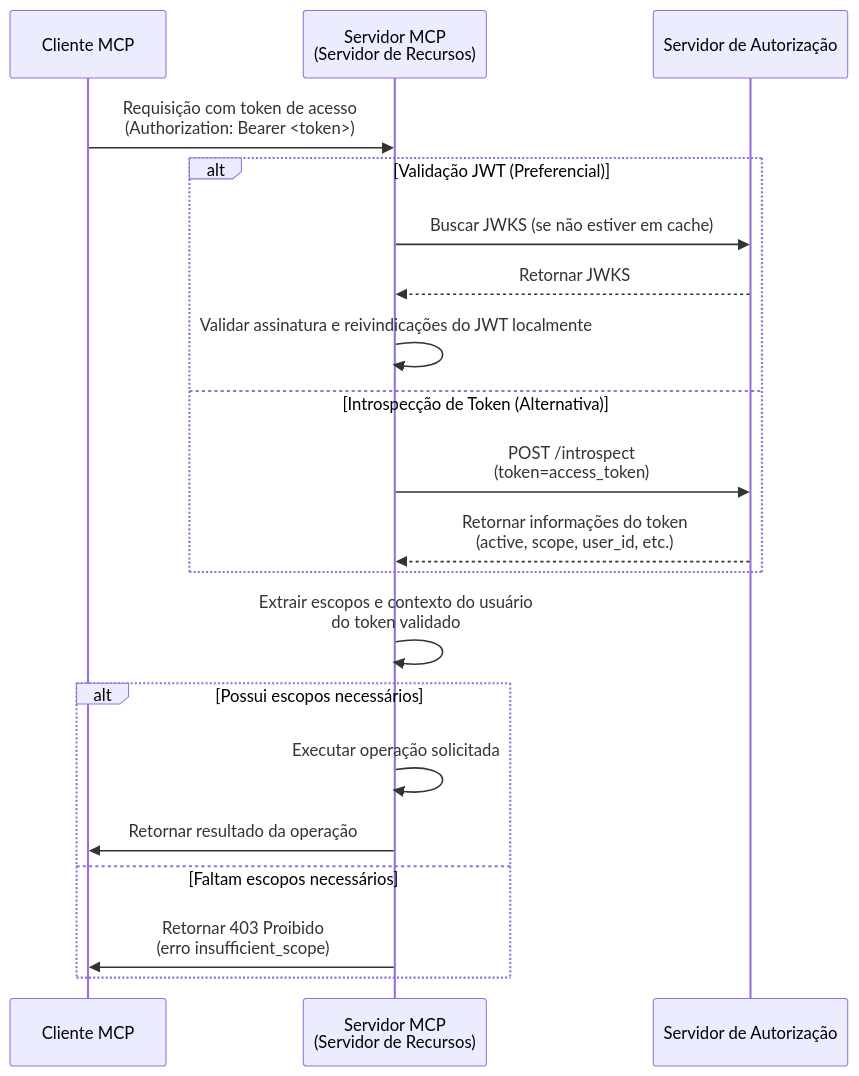
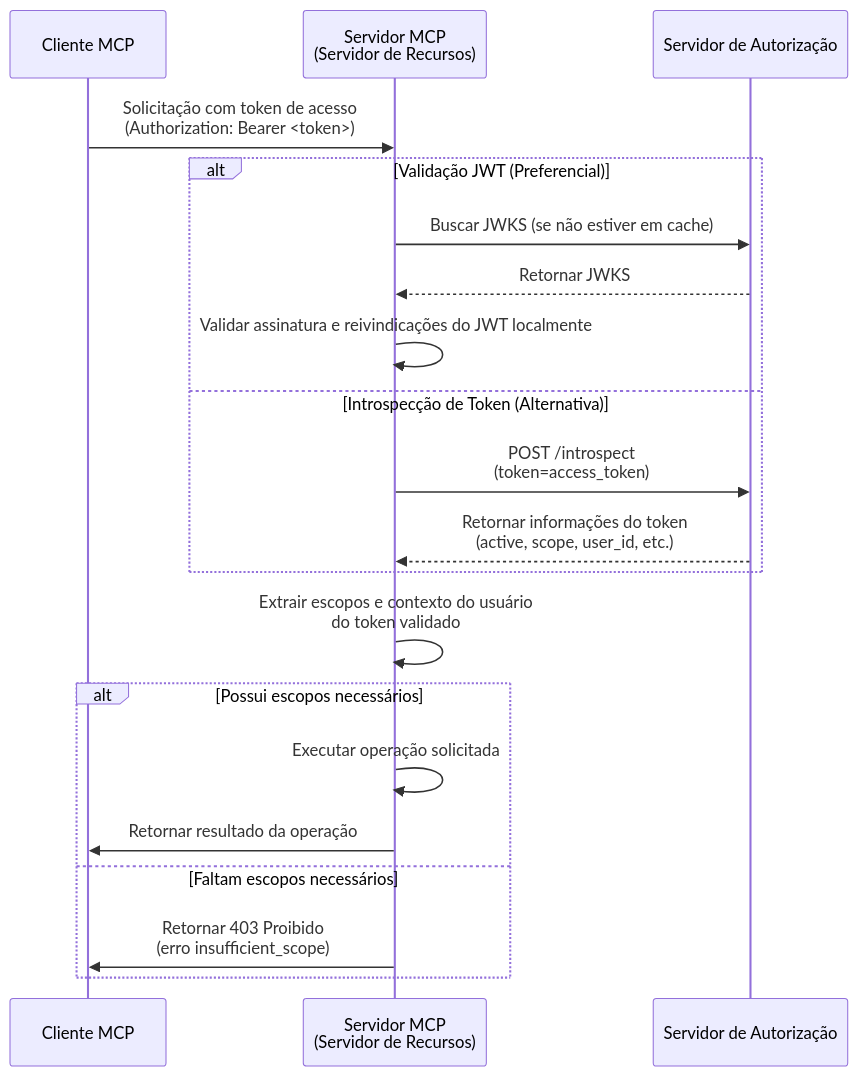
One commit to mcp-auth/docs changed the second of 2 diagrams in i18n/pt-BR/docusaurus-plugin-content-docs/current/tutorials/todo-manager/README.mdx. Above: the diagram before and after it, drawn with Mermaid. The commit also changed other lines of this file and 53 other files, not shown here.

````diff
--- a/i18n/pt-BR/docusaurus-plugin-content-docs/current/tutorials/todo-manager/README.mdx
+++ b/i18n/pt-BR/docusaurus-plugin-content-docs/current/tutorials/todo-manager/README.mdx
@@ -132,26 +135,26 @@
 ```mermaid
 sequenceDiagram
     participant Client as Cliente MCP
     participant Server as Servidor MCP<br/>(Servidor de Recursos)
     participant Auth as Servidor de Autorização
 
-    Client->>Server: Requisição com token de acesso<br/>(Authorization: Bearer <token>)
+    Client->>Server: Solicitação com token de acesso<br/>(Authorization: Bearer <token>)
 
     alt Validação JWT (Preferencial)
         Server->>Auth: Buscar JWKS (se não estiver em cache)
         Auth-->>Server: Retornar JWKS
         Server->>Server: Validar assinatura e reivindicações do JWT localmente
     else Introspecção de Token (Alternativa)
         Server->>Auth: POST /introspect<br/>(token=access_token)
         Auth-->>Server: Retornar informações do token<br/>(active, scope, user_id, etc.)
     end
 
     Server->>Server: Extrair escopos e contexto do usuário<br/>do token validado
 
     alt Possui escopos necessários
         Server->>Server: Executar operação solicitada
         Server->>Client: Retornar resultado da operação
     else Faltam escopos necessários
         Server->>Client: Retornar 403 Proibido<br/>(erro insufficient_scope)
     end
 ```
````
